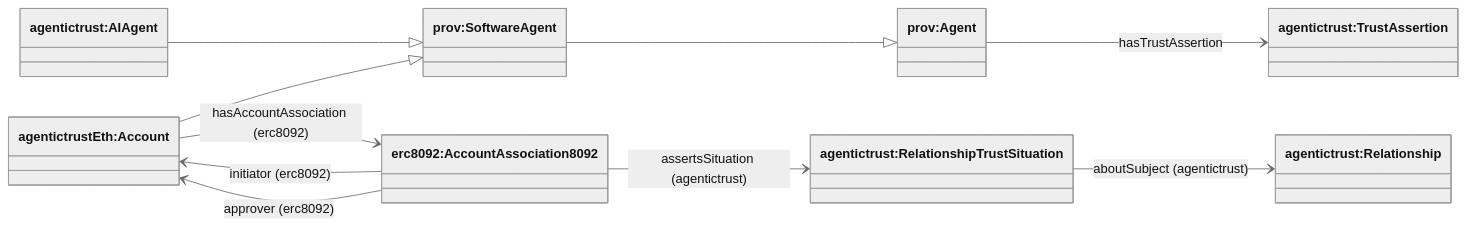
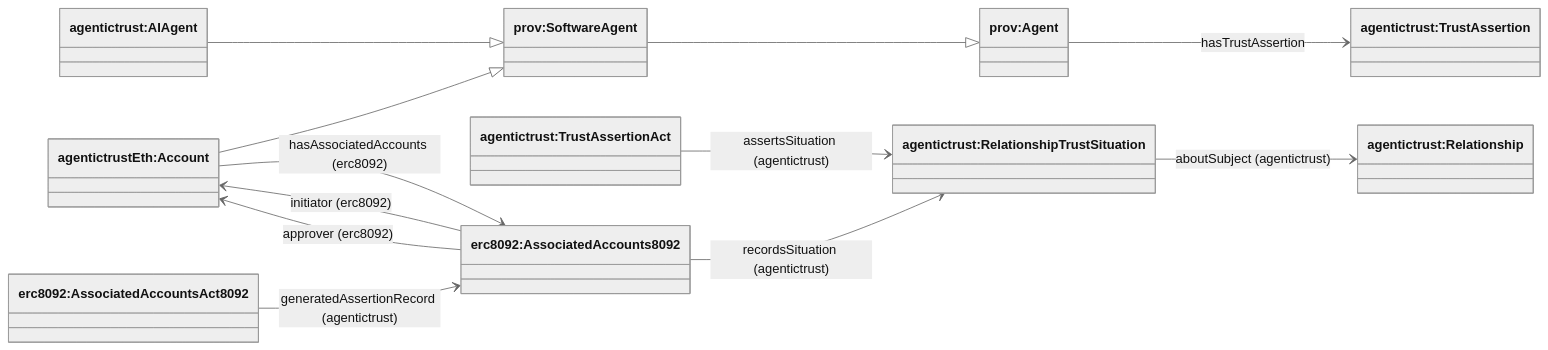
The diagram in docs/ontology/relationshipassertion.md (Agentic-Trust-Layer/agent-explorer), drawn with Mermaid (neutral theme) before and after one commit. The commit also changed other lines of this file and 12 other files, not shown here.

````diff
--- a/docs/ontology/relationshipassertion.md
+++ b/docs/ontology/relationshipassertion.md
@@ -7,27 +7,32 @@
 ```mermaid
 classDiagram
 direction LR
 
 class provAgent["prov:Agent"]
 class provSoftwareAgent["prov:SoftwareAgent"]
 class Account["agentictrustEth:Account"]
 
 class AIAgent["agentictrust:AIAgent"]
 class Relationship["agentictrust:Relationship"]
 class TrustAssertion["agentictrust:TrustAssertion"]
+class TrustAssertionAct["agentictrust:TrustAssertionAct"]
 
-class AccountAssociation["erc8092:AccountAssociation8092"]
+class AssociatedAccounts["erc8092:AssociatedAccounts8092"]
+class AssociatedAccountsAct["erc8092:AssociatedAccountsAct8092"]
 class RelationshipTrustSituation["agentictrust:RelationshipTrustSituation"]
 
 AIAgent --|> provSoftwareAgent
 provSoftwareAgent --|> provAgent
 Account --|> provSoftwareAgent
 
 provAgent --> TrustAssertion : hasTrustAssertion
-Account --> AccountAssociation : hasAccountAssociation (erc8092)
-AccountAssociation --> RelationshipTrustSituation : assertsSituation (agentictrust)
+Account --> AssociatedAccounts : hasAssociatedAccounts (erc8092)
+AssociatedAccounts --> RelationshipTrustSituation : recordsSituation (agentictrust)
 RelationshipTrustSituation --> Relationship : aboutSubject (agentictrust)
 
-AccountAssociation --> Account : initiator (erc8092)
-AccountAssociation --> Account : approver (erc8092)
+AssociatedAccounts --> Account : initiator (erc8092)
+AssociatedAccounts --> Account : approver (erc8092)
+
+TrustAssertionAct --> RelationshipTrustSituation : assertsSituation (agentictrust)
+AssociatedAccountsAct --> AssociatedAccounts : generatedAssertionRecord (agentictrust)
 ```
````
